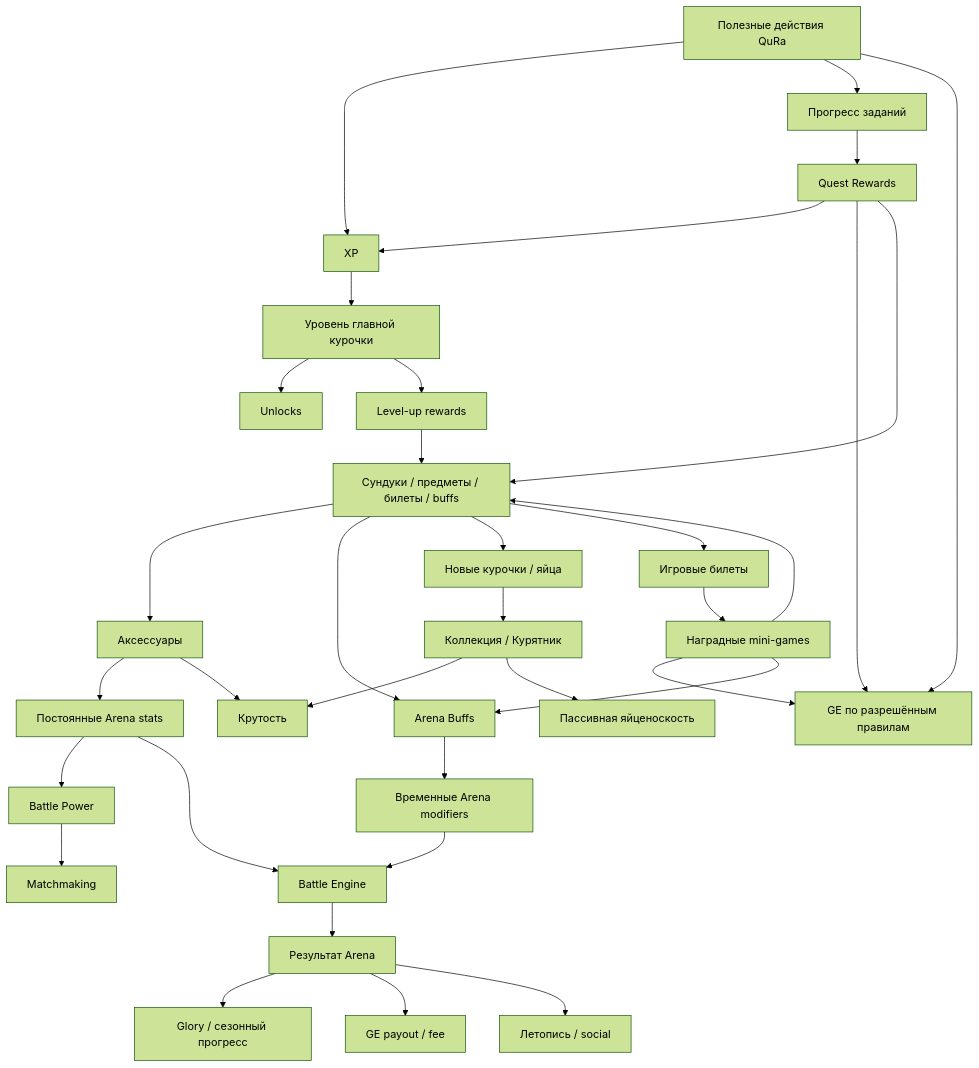
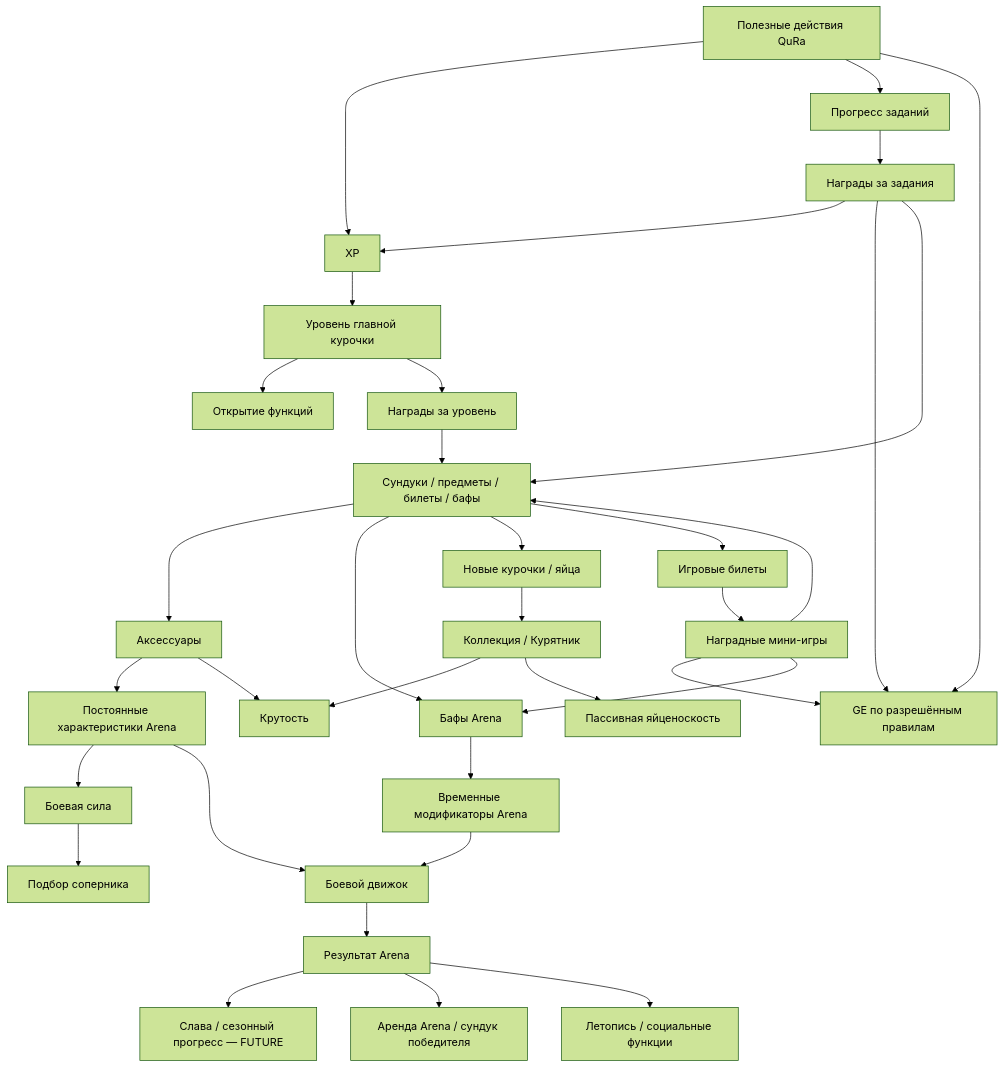
The first of 10 diagrams in GAME_DEPENDENCY_GRAPH.md (gselfman/QuRa-Game-Design), drawn with Mermaid (forest theme) before and after one commit. The commit also changed other lines of this file, not shown here.

Commit message:
docs(P7): fix mistranslations and remove GE payout from dependency diagram

````diff
--- a/GAME_DEPENDENCY_GRAPH.md
+++ b/GAME_DEPENDENCY_GRAPH.md
@@ -33,44 +33,44 @@
 ```mermaid
 flowchart TD
     A[Полезные действия QuRa] --> B[XP]
     A --> C[Прогресс заданий]
     A --> D[GE по разрешённым правилам]
 
-    C --> E[Quest Rewards]
+    C --> E[Награды за задания]
     E --> B
     E --> D
-    E --> F[Сундуки / предметы / билеты / buffs]
+    E --> F[Сундуки / предметы / билеты / бафы]
 
     B --> G[Уровень главной курочки]
-    G --> H[Unlocks]
-    G --> I[Level-up rewards]
+    G --> H[Открытие функций]
+    G --> I[Награды за уровень]
     I --> F
 
     F --> J[Аксессуары]
-    F --> K[Arena Buffs]
+    F --> K[Бафы Arena]
     F --> L[Новые курочки / яйца]
     F --> M[Игровые билеты]
 
-    J --> N[Постоянные Arena stats]
+    J --> N[Постоянные характеристики Arena]
     J --> O[Крутость]
-    K --> P[Временные Arena modifiers]
+    K --> P[Временные модификаторы Arena]
     L --> Q[Коллекция / Курятник]
-    M --> R[Наградные mini-games]
+    M --> R[Наградные мини-игры]
 
     R --> D
     R --> K
     R --> F
 
     Q --> O
     Q --> S[Пассивная яйценоскость]
 
-    N --> T[Battle Power]
-    N --> U[Battle Engine]
+    N --> T[Боевая сила]
+    N --> U[Боевой движок]
     P --> U
-    T --> V[Matchmaking]
+    T --> V[Подбор соперника]
     U --> W[Результат Arena]
 
-    W --> X[Glory / сезонный прогресс]
-    W --> Y[GE payout / fee]
-    W --> Z[Летопись / social]
+    W --> X[Слава / сезонный прогресс — FUTURE]
+    W --> Y[Аренда Arena / сундук победителя]
+    W --> Z[Летопись / социальные функции]
 ```
````
